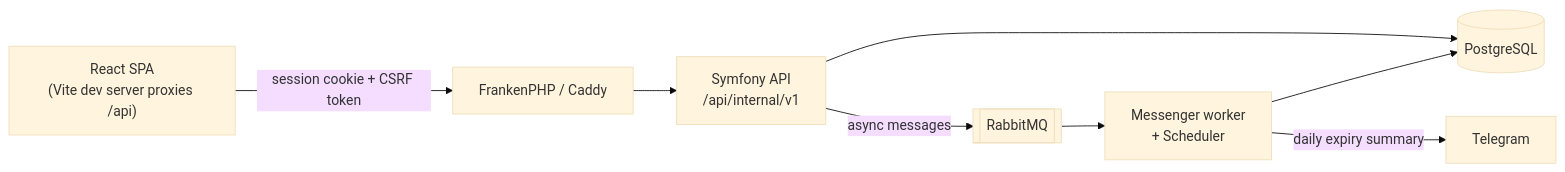
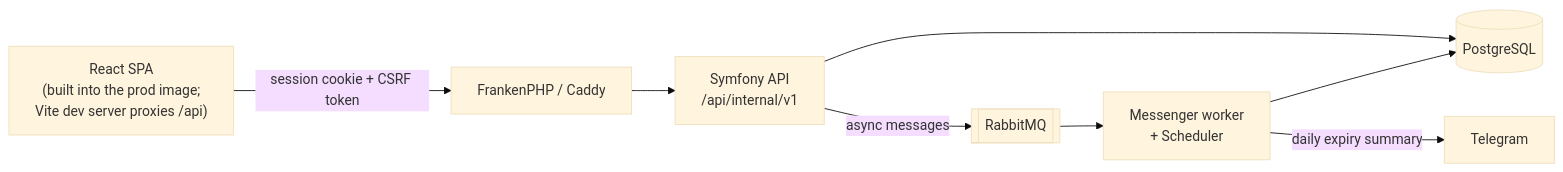
One commit to ratchet27/hestia changed the diagram in README.md. Above: the diagram before and after it, drawn with Mermaid (base theme). The commit also changed other lines of this file and 8 other files, not shown here.

````diff
--- a/README.md
+++ b/README.md
@@ -76,18 +76,18 @@
 ```mermaid
 flowchart LR
-    SPA["React SPA<br/>(Vite dev server proxies /api)"]
+    SPA["React SPA<br/>(built into the prod image;<br/>Vite dev server proxies /api)"]
     Caddy["FrankenPHP / Caddy"]
     App["Symfony API<br/>/api/internal/v1"]
     DB[("PostgreSQL")]
     MQ[["RabbitMQ"]]
     Worker["Messenger worker<br/>+ Scheduler"]
     TG["Telegram"]
 
     SPA -->|"session cookie + CSRF token"| Caddy
     Caddy --> App
     App --> DB
     App -->|"async messages"| MQ
     MQ --> Worker
     Worker --> DB
     Worker -->|"daily expiry summary"| TG
 ```
````
